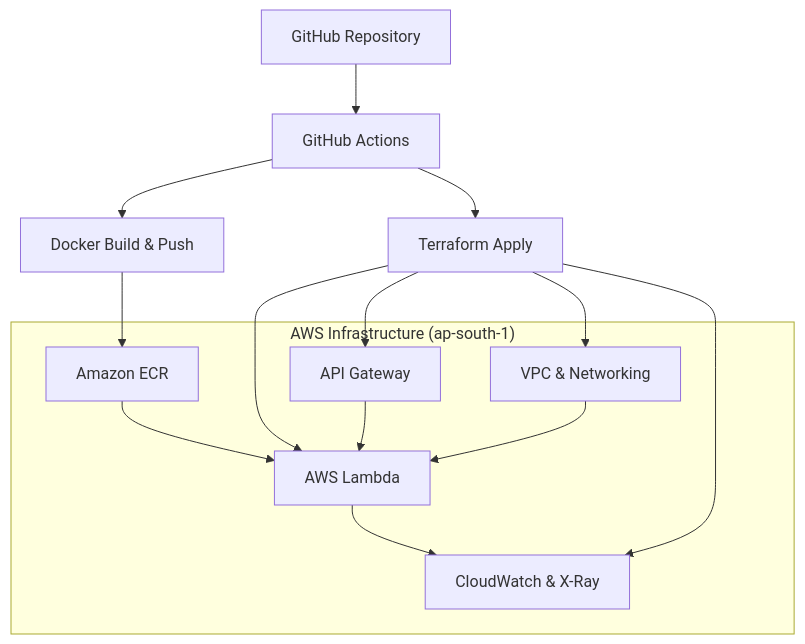
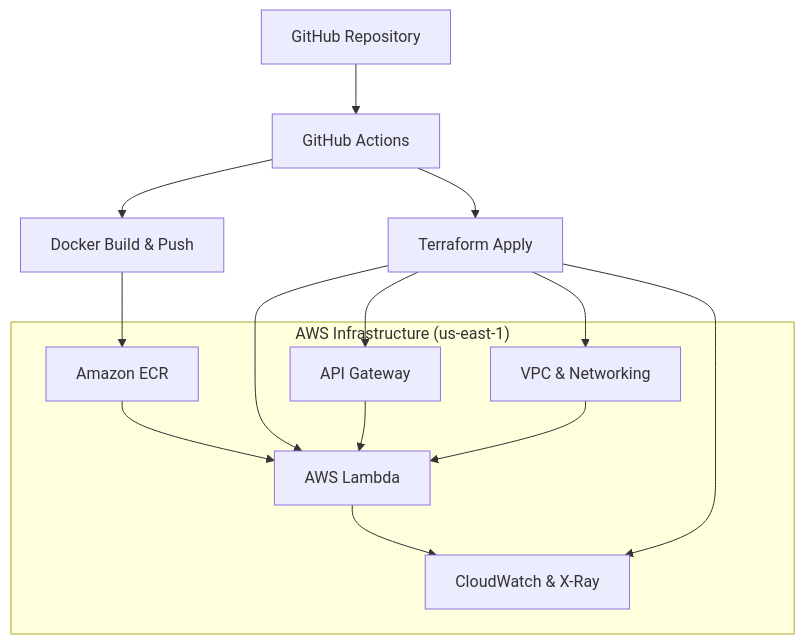
Before and after one commit to soundaryacshcl/UC-07-lambda-container-deployment: the diagram in docs/README.md, drawn with Mermaid. The commit also changed 18 other files, not shown here.

````diff
--- a/docs/README.md
+++ b/docs/README.md
@@ -9,23 +9,23 @@
 ```mermaid
 graph TB
     A[GitHub Repository] --> B[GitHub Actions]
     B --> C[Docker Build & Push]
     C --> D[Amazon ECR]
     B --> E[Terraform Apply]
     E --> F[AWS Lambda]
     E --> G[API Gateway]
     E --> H[VPC & Networking]
     E --> I[CloudWatch & X-Ray]
     D --> F
     G --> F
     H --> F
     F --> I
     
-    subgraph "AWS Infrastructure (ap-south-1)"
+    subgraph "AWS Infrastructure (us-east-1)"
         F
         G
         H
         I
         D
     end
 ```
````
